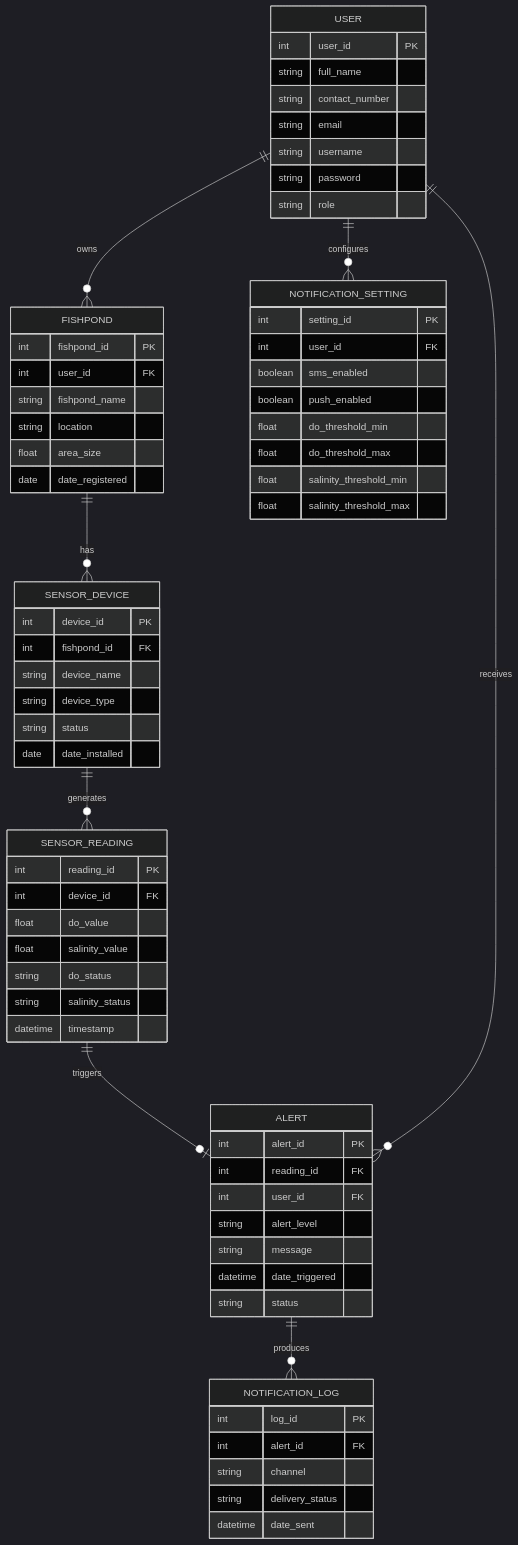
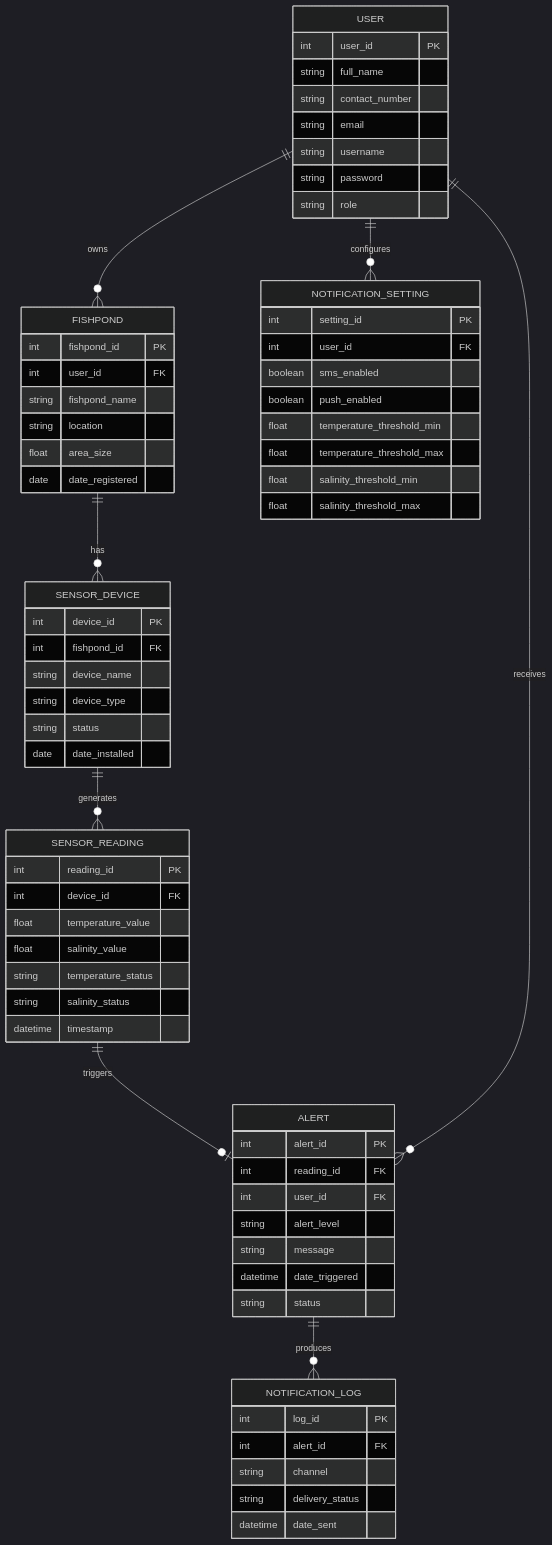
The diagram in Graphs_and_Charts/06_ERD.md (belarminoivan48-crypto/AquaTherm), drawn with Mermaid (dark theme) before and after one commit. The commit also changed other lines of this file and 6 other files, not shown here.

````diff
--- a/Graphs_and_Charts/06_ERD.md
+++ b/Graphs_and_Charts/06_ERD.md
@@ -3,77 +5,77 @@
 ```mermaid
 erDiagram
     USER ||--o{ FISHPOND : owns
     FISHPOND ||--o{ SENSOR_DEVICE : has
     SENSOR_DEVICE ||--o{ SENSOR_READING : generates
     SENSOR_READING ||--o| ALERT : triggers
     USER ||--o{ ALERT : receives
     USER ||--o{ NOTIFICATION_SETTING : configures
     ALERT ||--o{ NOTIFICATION_LOG : produces
 
     USER {
         int user_id PK
         string full_name
         string contact_number
         string email
         string username
         string password
         string role
     }
 
     FISHPOND {
         int fishpond_id PK
         int user_id FK
         string fishpond_name
         string location
         float area_size
         date date_registered
     }
 
     SENSOR_DEVICE {
         int device_id PK
         int fishpond_id FK
         string device_name
         string device_type
         string status
         date date_installed
     }
 
     SENSOR_READING {
         int reading_id PK
         int device_id FK
-        float do_value
+        float temperature_value
         float salinity_value
-        string do_status
+        string temperature_status
         string salinity_status
         datetime timestamp
     }
 
     ALERT {
         int alert_id PK
         int reading_id FK
         int user_id FK
         string alert_level
         string message
         datetime date_triggered
         string status
     }
 
     NOTIFICATION_LOG {
         int log_id PK
         int alert_id FK
         string channel
         string delivery_status
         datetime date_sent
     }
 
     NOTIFICATION_SETTING {
         int setting_id PK
         int user_id FK
         boolean sms_enabled
         boolean push_enabled
-        float do_threshold_min
-        float do_threshold_max
+        float temperature_threshold_min
+        float temperature_threshold_max
         float salinity_threshold_min
         float salinity_threshold_max
     }
 ```
````
